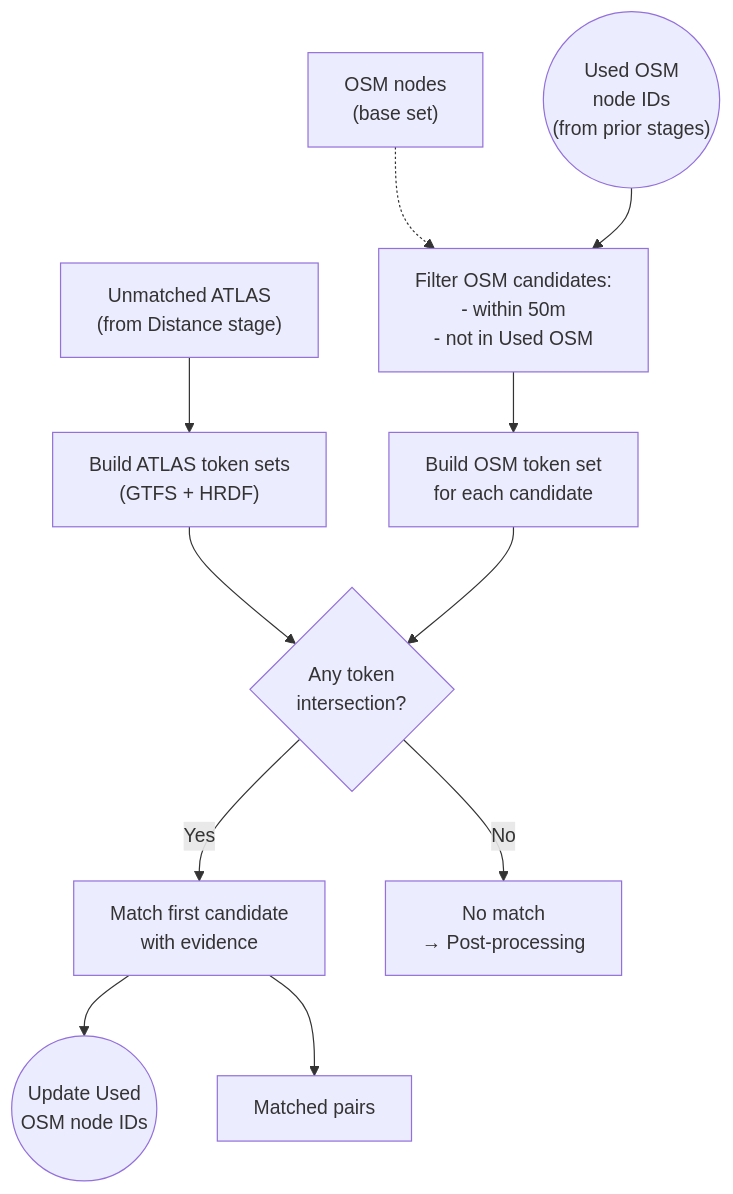
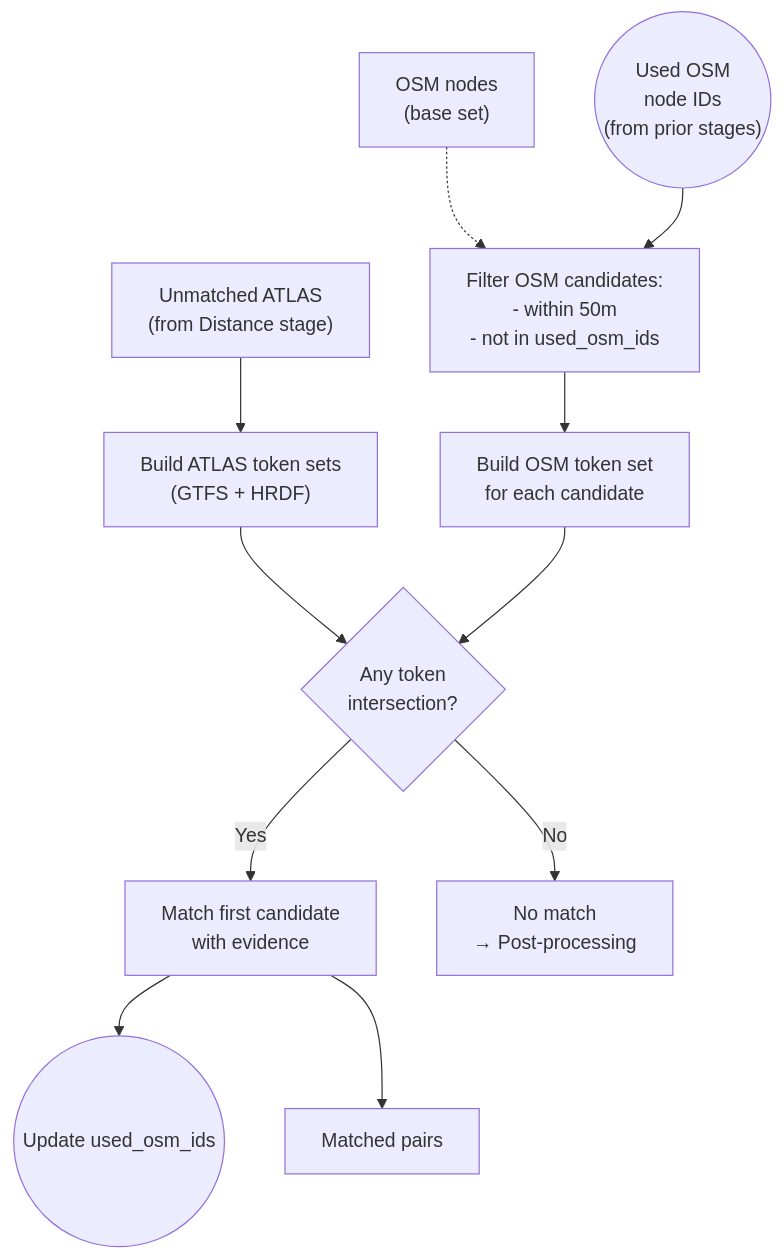
The diagram in documentation/2.4 Route Matching.md (openTdataCH/stop_sync_osm_atlas), drawn with Mermaid before and after one commit. The commit also changed other lines of this file and 75 other files, not shown here.

````diff
--- a/documentation/2.4 Route Matching.md
+++ b/documentation/2.4 Route Matching.md
@@ -5,21 +5,21 @@
 ```mermaid
 flowchart TB
     %% ===== INPUTS =====
     IN["Unmatched ATLAS<br/>(from Distance stage)"]
     OSM["OSM nodes<br/>(base set)"]
     U(("Used OSM<br/>node IDs<br/>(from prior stages)"))
 
     IN --> T["Build ATLAS token sets<br/>(GTFS + HRDF)"]
     OSM -.-> C
-    U --> C["Filter OSM candidates:<br/>- within 50m<br/>- not in Used OSM"]
+    U --> C["Filter OSM candidates:<br/>- within 50m<br/>- not in used_osm_ids"]
 
     C --> OT["Build OSM token set<br/>for each candidate"]
     T --> I{"Any token<br/>intersection?"}
     OT --> I
 
     I -->|Yes| M["Match first candidate<br/>with evidence"]
     I -->|No| N["No match<br/>→ Post-processing"]
 
-    M --> U2(("Update Used<br/>OSM node IDs"))
+    M --> U2(("Update used_osm_ids"))
     M --> OUT["Matched pairs"]
 ```
````
